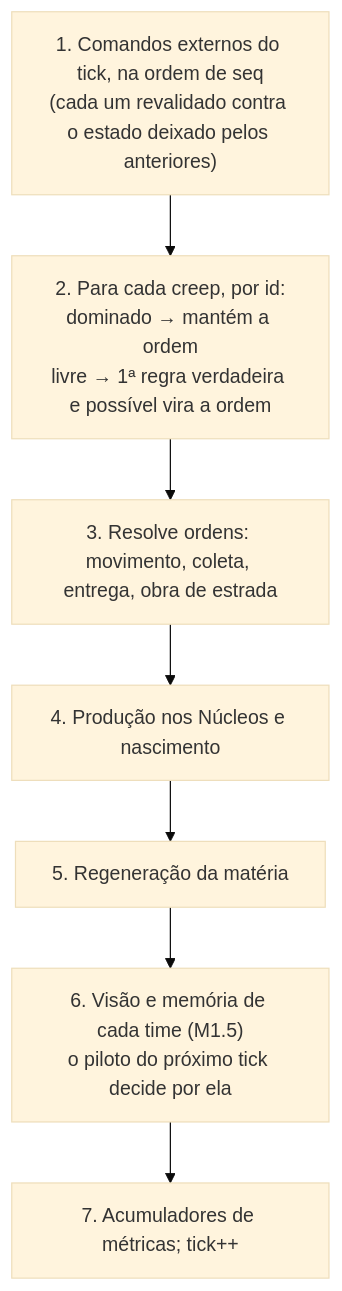
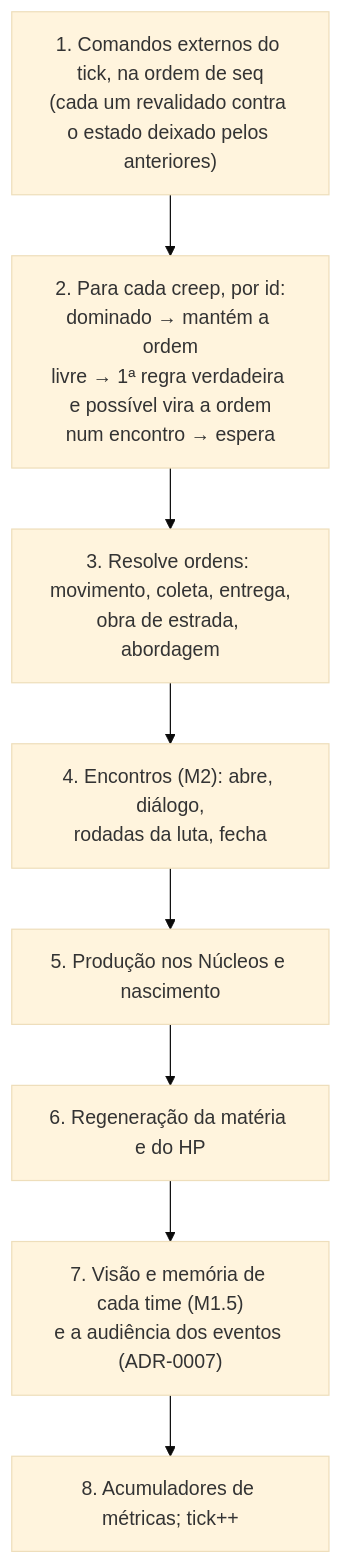
Before and after one commit to eliasfeijo/geometrix: the sixth of 8 diagrams in docs/OVERVIEW.md, drawn with Mermaid (base theme). The commit also changed other lines of this file and 5 other files, not shown here.

````diff
--- a/docs/OVERVIEW.md
+++ b/docs/OVERVIEW.md
@@ -282,10 +290,11 @@
 ```mermaid
 flowchart TD
     A["1. Comandos externos do tick, na ordem de seq<br/>(cada um revalidado contra o estado deixado pelos anteriores)"] --> B
-    B["2. Para cada creep, por id:<br/>dominado → mantém a ordem<br/>livre → 1ª regra verdadeira e possível vira a ordem"] --> C
-    C["3. Resolve ordens: movimento, coleta, entrega, obra de estrada"] --> D
-    D["4. Produção nos Núcleos e nascimento"] --> E
-    E["5. Regeneração da matéria"] --> V
-    V["6. Visão e memória de cada time (M1.5)<br/>o piloto do próximo tick decide por ela"] --> F
-    F["7. Acumuladores de métricas; tick++"]
+    B["2. Para cada creep, por id:<br/>dominado → mantém a ordem<br/>livre → 1ª regra verdadeira e possível vira a ordem<br/>num encontro → espera"] --> C
+    C["3. Resolve ordens: movimento, coleta, entrega,<br/>obra de estrada, abordagem"] --> EN
+    EN["4. Encontros (M2): abre, diálogo,<br/>rodadas da luta, fecha"] --> D
+    D["5. Produção nos Núcleos e nascimento"] --> E
+    E["6. Regeneração da matéria e do HP"] --> V
+    V["7. Visão e memória de cada time (M1.5)<br/>e a audiência dos eventos (ADR-0007)"] --> F
+    F["8. Acumuladores de métricas; tick++"]
 ```
````
